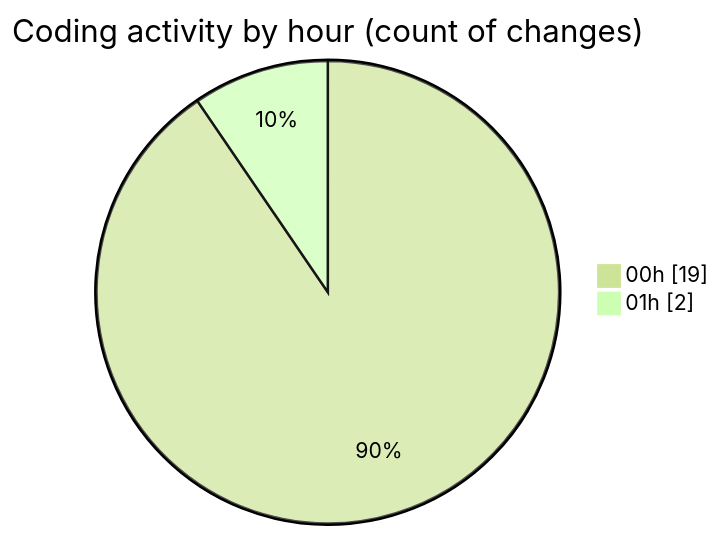
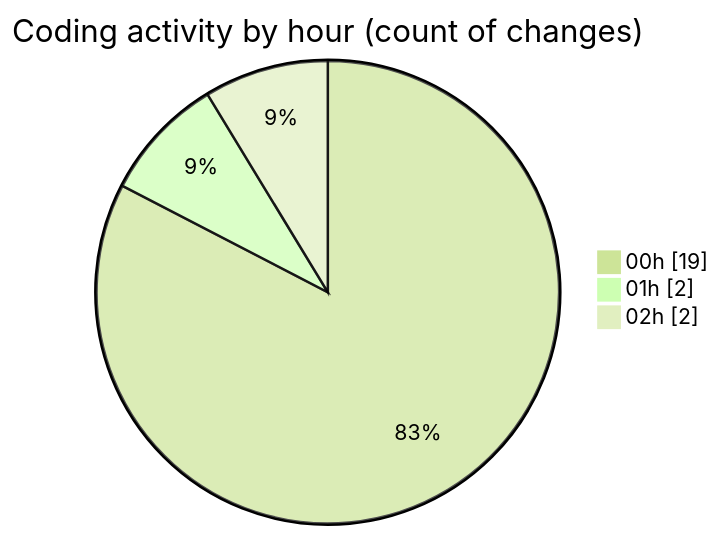
Before and after one commit to julien-gomy/code-tracking: the second of 2 diagrams in 2025-10-21/eventscop-frontend-guide__workspace_/README.md, drawn with Mermaid (forest theme). The commit also changed other lines of this file and 1 other file, not shown here.

````diff
--- a/2025-10-21/eventscop-frontend-guide__workspace_/README.md
+++ b/2025-10-21/eventscop-frontend-guide__workspace_/README.md
@@ -37,6 +38,7 @@
 ```mermaid
 pie showData
 title Coding activity by hour (count of changes)
 "00h" : 19
 "01h" : 2
+"02h" : 2
 ```
````
